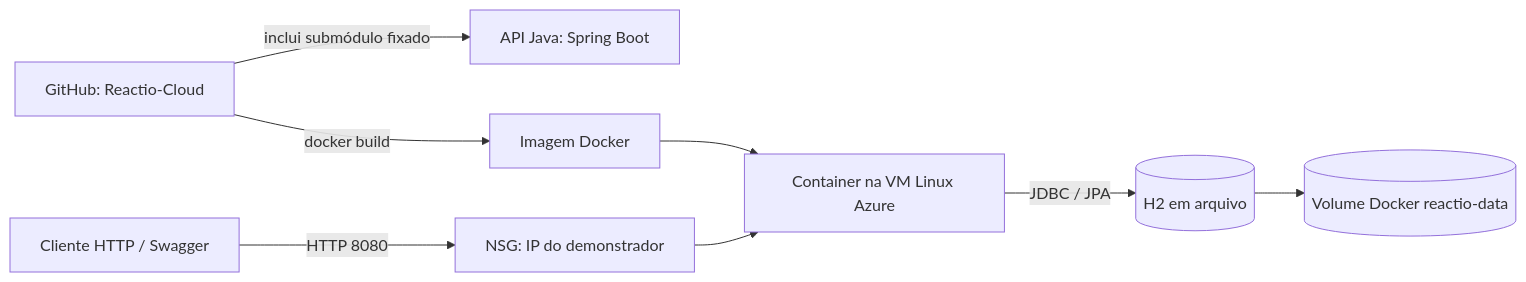
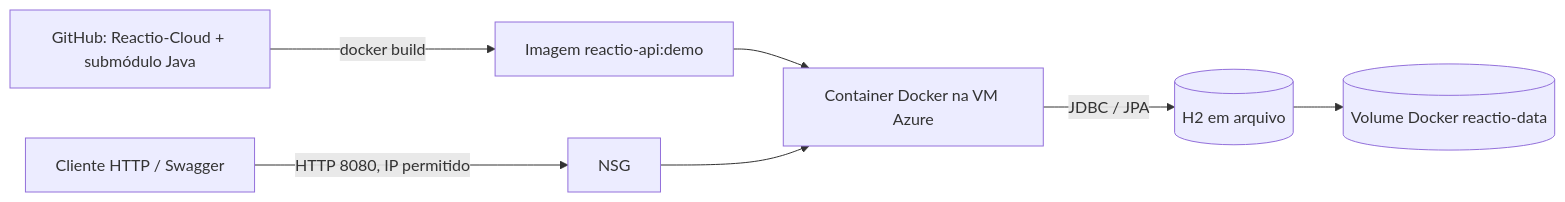
One commit to Eric-devops-tech/Reactio-Cloud changed the diagram in docs/arquitetura.md. Above: the diagram before and after it, drawn with Mermaid. The commit also changed other lines of this file and 2 other files, not shown here.

Commit message:
docs: document Azure VM deployment and demo

````diff
--- a/docs/arquitetura.md
+++ b/docs/arquitetura.md
@@ -3,10 +3,9 @@
 ```mermaid
 flowchart LR
-    Source[GitHub: Reactio-Cloud] -->|inclui submódulo fixado| Api[API Java: Spring Boot]
-    Source -->|docker build| Image[Imagem Docker]
-    Image --> Container[Container na VM Linux Azure]
-    Client[Cliente HTTP / Swagger] -->|HTTP 8080| NSG[NSG: IP do demonstrador]
-    NSG --> Container
-    Container -->|JDBC / JPA| H2[(H2 em arquivo)]
-    H2 --> Volume[(Volume Docker reactio-data)]
+    G[GitHub: Reactio-Cloud + submódulo Java] -->|docker build| I[Imagem reactio-api:demo]
+    I --> C[Container Docker na VM Azure]
+    U[Cliente HTTP / Swagger] -->|HTTP 8080, IP permitido| N[NSG]
+    N --> C
+    C -->|JDBC / JPA| H[(H2 em arquivo)]
+    H --> V[(Volume Docker reactio-data)]
 ```
````
